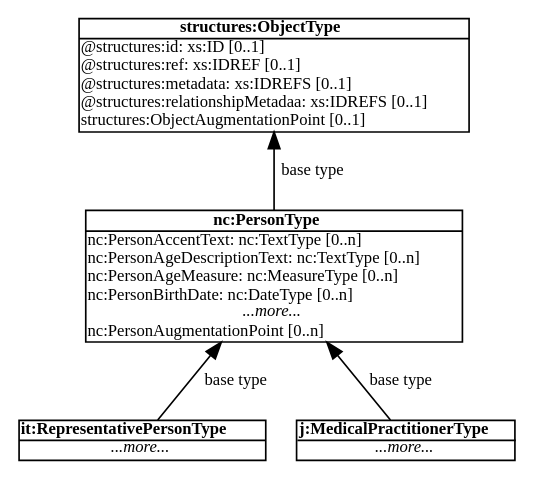
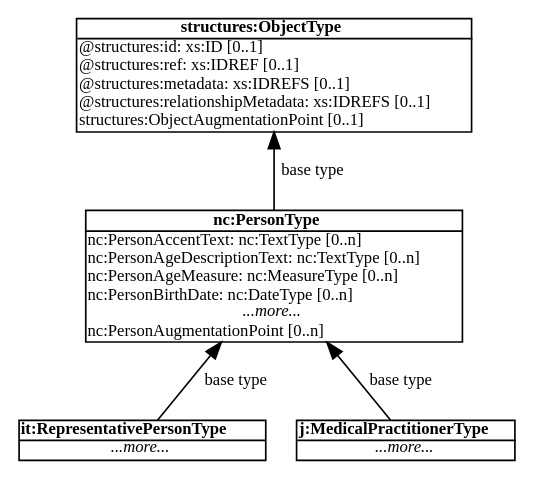
Before and after one commit to leilatite/graphviz: the diagram in graphics-nc-PersonType.gv, drawn with Graphviz.

```diff
--- a/graphics-nc-PersonType.gv
+++ b/graphics-nc-PersonType.gv
@@ -1,61 +1,61 @@
 graph graphics {
   size="10,10";
   edge [fontname = "Verdana", fontsize=10, dir = forward, nodesep=1 ];
   node [fontname = "Verdana", fontsize=10, width = 0, height = 0, shape=box, style=rounded ];
   graph [layout=dot, rankdir="TB"];
 
   node [shape=none, width=0, height=0, margin=0];
 
   "structures:ObjectType" [label=<<TABLE BORDER="1" CELLBORDER="0" CELLSPACING="0" CELLPADDING="0"
     HREF="http://tools.niem.gov/niemtools/ssgt/SSGT-GetType.iepd?typeKey=nv-1je"
 >
 <TR><TD COLSPAN="2"><B>structures:ObjectType</B></TD></TR>
 <HR/>
 <TR><TD ALIGN="LEFT">@structures:id: xs:ID [0..1]</TD></TR>
 <TR><TD ALIGN="LEFT">@structures:ref: xs:IDREF [0..1]</TD></TR>
 <TR><TD ALIGN="LEFT">@structures:metadata: xs:IDREFS [0..1]</TD></TR>
-<TR><TD ALIGN="LEFT">@structures:relationshipMetadaa: xs:IDREFS [0..1]</TD></TR>
+<TR><TD ALIGN="LEFT">@structures:relationshipMetadata: xs:IDREFS [0..1]</TD></TR>
 <TR><TD ALIGN="LEFT">structures:ObjectAugmentationPoint [0..1]</TD></TR>
 </TABLE>>];
 
   "nc:PersonType" [label=<<TABLE BORDER="1" CELLBORDER="0" CELLSPACING="0" CELLPADDING="0"
   >
 <TR><TD HREF="http://tools.niem.gov/niemtools/ssgt/SSGT-GetType.iepd?typeKey=nv-6y"><B>nc:PersonType</B></TD></TR>
 <HR/>
 <TR><TD ALIGN="LEFT" 
 	HREF="http://tools.niem.gov/niemtools/ssgt/SSGT-GetProperty.iepd?propertyKey=nv-1pe">nc:PersonAccentText: nc:TextType [0..n]</TD></TR>
 <TR><TD ALIGN="LEFT"
 	HREF="http://tools.niem.gov/niemtools/ssgt/SSGT-GetProperty.iepd?propertyKey=nv-11d"
 	>nc:PersonAgeDescriptionText: nc:TextType [0..n]</TD></TR>
 <TR><TD ALIGN="LEFT" HREF="http://tools.niem.gov/niemtools/ssgt/SSGT-GetProperty.iepd?propertyKey=nv-11e"
 	>nc:PersonAgeMeasure: nc:MeasureType [0..n]</TD></TR>
 <TR><TD ALIGN="LEFT"
 	HREF="http://tools.niem.gov/niemtools/ssgt/SSGT-GetProperty.iepd?propertyKey=nv-11r"
 	>nc:PersonBirthDate: nc:DateType [0..n]</TD></TR>
 <TR><TD ALIGN="CENTER" HREF="http://tools.niem.gov/niemtools/ssgt/SSGT-GetType.iepd?typeKey=nv-6y"><I>...more...</I></TD></TR>
 <TR><TD ALIGN="LEFT" HREF="http://tools.niem.gov/niemtools/ssgt/SSGT-GetProperty.iepd?propertyKey=nv-11u5">nc:PersonAugmentationPoint [0..n]</TD></TR>
 </TABLE>>];
 
   "it:RepresentativePersonType" [label=<<TABLE BORDER="1" CELLBORDER="0" CELLSPACING="0" CELLPADDING="0" HREF="http://tools.niem.gov/niemtools/ssgt/SSGT-GetType.iepd?typeKey=nv-5ww">
 <TR><TD><B>it:RepresentativePersonType</B></TD></TR>
 <HR/>
 <TR><TD ALIGN="CENTER"><I>...more...</I></TD></TR>
 </TABLE>>];
 
   "j:MedicalPractitionerType" [label=<<TABLE BORDER="1" CELLBORDER="0" CELLSPACING="0" CELLPADDING="0" HREF="http://tools.niem.gov/niemtools/ssgt/SSGT-GetType.iepd?typeKey=nv-f0s">
 <TR><TD><B>j:MedicalPractitionerType</B></TD></TR>
 <HR/>
 <TR><TD ALIGN="CENTER"><I>...more...</I></TD></TR>
 </TABLE>>];
 
   edge [dir=back, label="base type"];
 
   "structures:ObjectType" -- "nc:PersonType";
 
 
   "nc:PersonType" -- "it:RepresentativePersonType";
   "nc:PersonType" -- "j:MedicalPractitionerType";
 
 
   
 }
```
